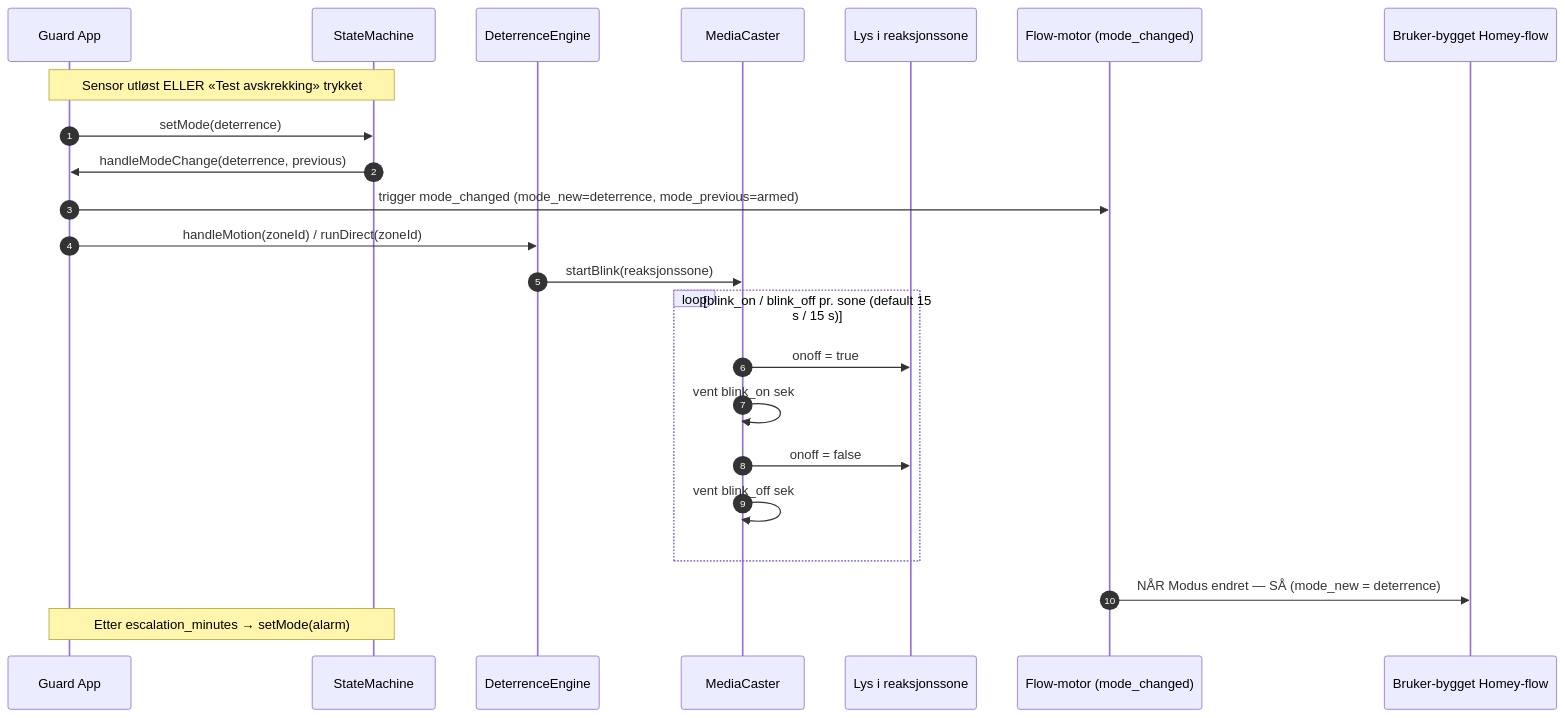
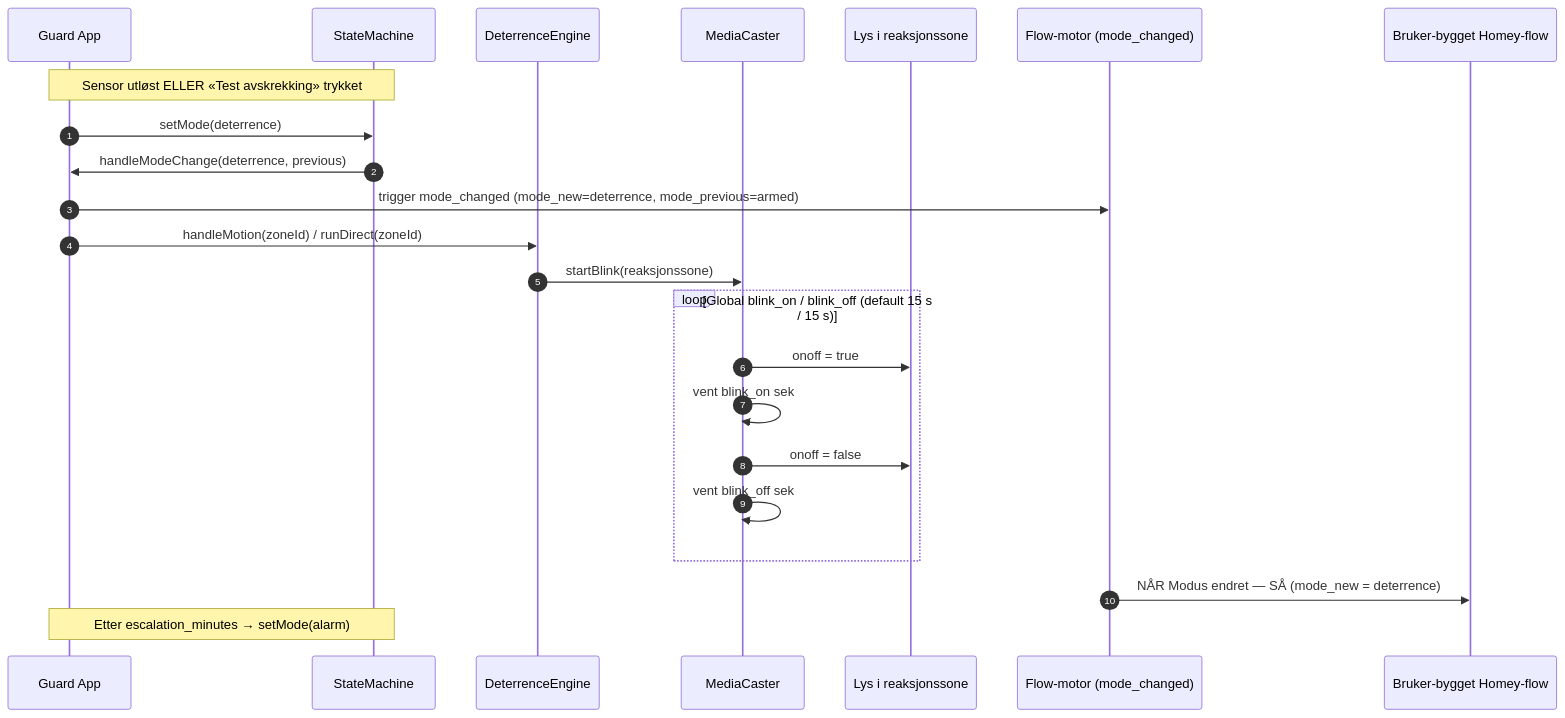
Before and after one commit to thomasekdahlN/homeyaloneguard: the fifth of 5 diagrams in README.md, drawn with Mermaid. The commit also changed other lines of this file and 4 other files, not shown here.

First line of the commit message:
feat: push on open sensors + global blink + images info + docs update

````diff
--- a/README.md
+++ b/README.md
@@ -204,26 +204,26 @@
 ```mermaid
 sequenceDiagram
   autonumber
   participant App as Guard App
   participant SM as StateMachine
   participant DE as DeterrenceEngine
   participant MC as MediaCaster
   participant LIGHT as Lys i reaksjonssone
   participant F as Flow-motor (mode_changed)
   participant UF as Bruker-bygget Homey-flow
 
   Note over App,SM: Sensor utløst ELLER «Test avskrekking» trykket
   App->>SM: setMode(deterrence)
   SM->>App: handleModeChange(deterrence, previous)
   App->>F: trigger mode_changed (mode_new=deterrence, mode_previous=armed)
   App->>DE: handleMotion(zoneId) / runDirect(zoneId)
   DE->>MC: startBlink(reaksjonssone)
-  loop blink_on / blink_off pr. sone (default 15 s / 15 s)
+  loop Global blink_on / blink_off (default 15 s / 15 s)
     MC->>LIGHT: onoff = true
     MC->>MC: vent blink_on sek
     MC->>LIGHT: onoff = false
     MC->>MC: vent blink_off sek
   end
   F->>UF: NÅR Modus endret — SÅ (mode_new = deterrence)
   Note over App,SM: Etter escalation_minutes → setMode(alarm)
 ```
````
